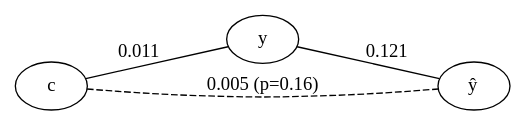
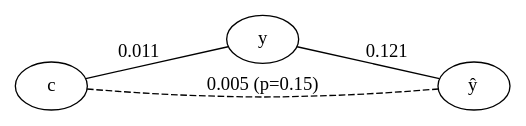
The diagram in fig/raw/emp_hcp_age_comb_partial.dot (pni-lab/mlconfound-manuscript), drawn with Graphviz before and after one commit. The commit also changed 143 other files, not shown here.

```diff
--- a/fig/raw/emp_hcp_age_comb_partial.dot
+++ b/fig/raw/emp_hcp_age_comb_partial.dot
@@ -1,9 +1,9 @@
 graph {
 	rankdir=LR
 	c [label=c]
 	y [label=y]
 	yhat [label=<y&#770;>]
-	c -- yhat [label="0.005 (p=0.16)" style=dashed]
+	c -- yhat [label="0.005 (p=0.15)" style=dashed]
 	c -- y [label=0.011]
 	y -- yhat [label=0.121]
 }
```
